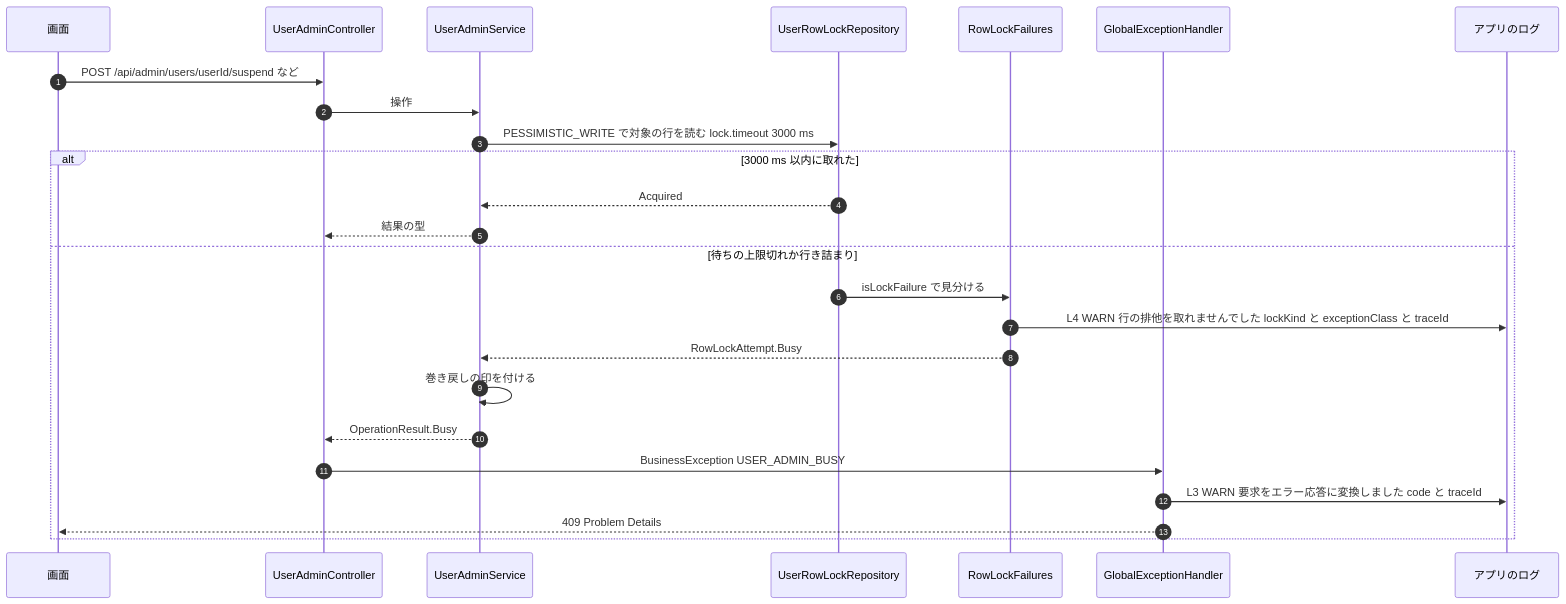
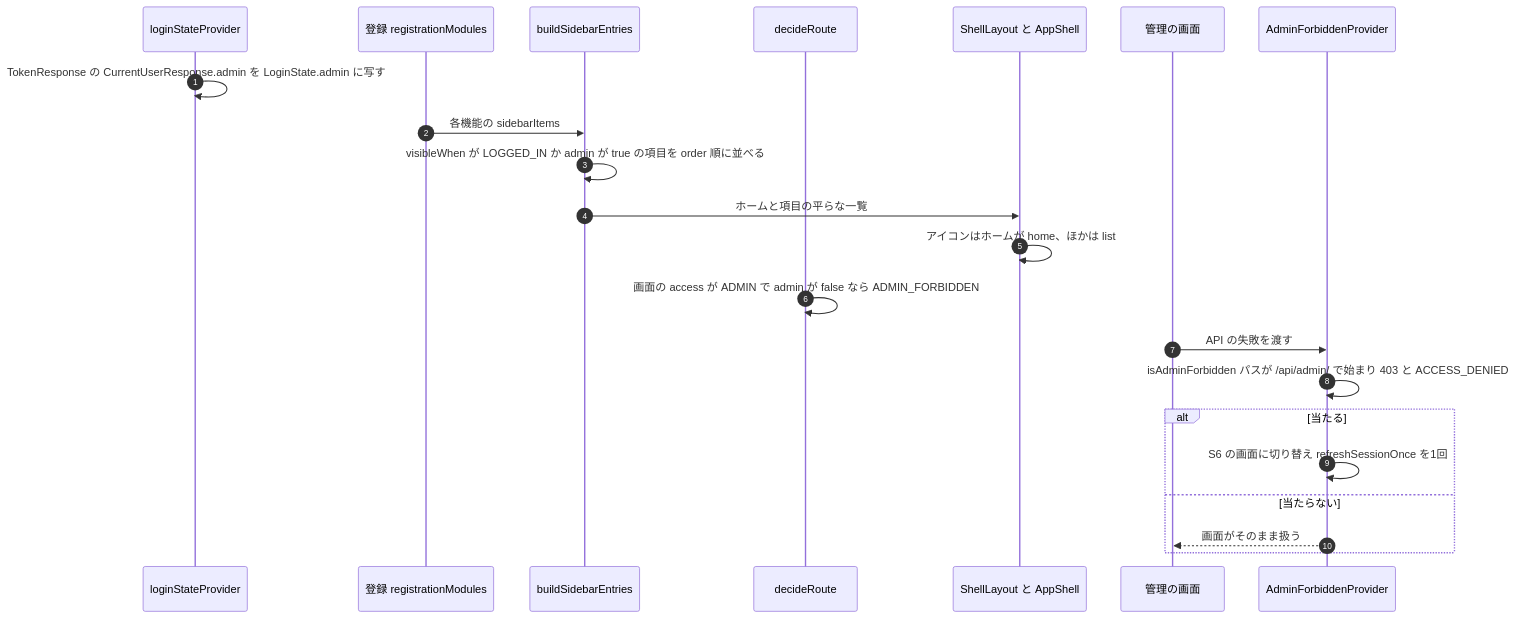
Before and after one commit to agwlvssainokuni/mastersmith2: the fourth of 5 diagrams in aidlc/spaces/default/codekb/mastersmith2/architecture.md, drawn with Mermaid. The commit also changed other lines of this file and 16 other files, not shown here.

````diff
--- a/aidlc/spaces/default/codekb/mastersmith2/architecture.md
+++ b/aidlc/spaces/default/codekb/mastersmith2/architecture.md
@@ -208,28 +231,25 @@
 ```mermaid
 sequenceDiagram
   autonumber
-  participant P as 画面
-  participant UC as UserAdminController
-  participant US as UserAdminService
-  participant RL as UserRowLockRepository
-  participant RF as RowLockFailures
-  participant GEH as GlobalExceptionHandler
-  participant LOG as アプリのログ
+  participant LSP as loginStateProvider
+  participant REG as 登録 registrationModules
+  participant NAV as buildSidebarEntries
+  participant RT as decideRoute
+  participant SH as ShellLayout と AppShell
+  participant PG as 管理の画面
+  participant AFP as AdminForbiddenProvider
 
-  P->>UC: POST /api/admin/users/userId/suspend など
-  UC->>US: 操作
-  US->>RL: PESSIMISTIC_WRITE で対象の行を読む lock.timeout 3000 ms
-  alt 3000 ms 以内に取れた
-    RL-->>US: Acquired
-    US-->>UC: 結果の型
-  else 待ちの上限切れか行き詰まり
-    RL->>RF: isLockFailure で見分ける
-    RF->>LOG: L4 WARN 行の排他を取れませんでした lockKind と exceptionClass と traceId
-    RF-->>US: RowLockAttempt.Busy
-    US->>US: 巻き戻しの印を付ける
-    US-->>UC: OperationResult.Busy
-    UC->>GEH: BusinessException USER_ADMIN_BUSY
-    GEH->>LOG: L3 WARN 要求をエラー応答に変換しました code と traceId
-    GEH-->>P: 409 Problem Details
+  LSP->>LSP: TokenResponse の CurrentUserResponse.admin を LoginState.admin に写す
+  REG->>NAV: 各機能の sidebarItems
+  NAV->>NAV: visibleWhen が LOGGED_IN か admin が true の項目を order 順に並べる
+  NAV->>SH: ホームと項目の平らな一覧
+  SH->>SH: アイコンはホームが home、ほかは list
+  RT->>RT: 画面の access が ADMIN で admin が false なら ADMIN_FORBIDDEN
+  PG->>AFP: API の失敗を渡す
+  AFP->>AFP: isAdminForbidden パスが /api/admin/ で始まり 403 と ACCESS_DENIED
+  alt 当たる
+    AFP->>AFP: S6 の画面に切り替え refreshSessionOnce を1回
+  else 当たらない
+    AFP-->>PG: 画面がそのまま扱う
   end
 ```
````
